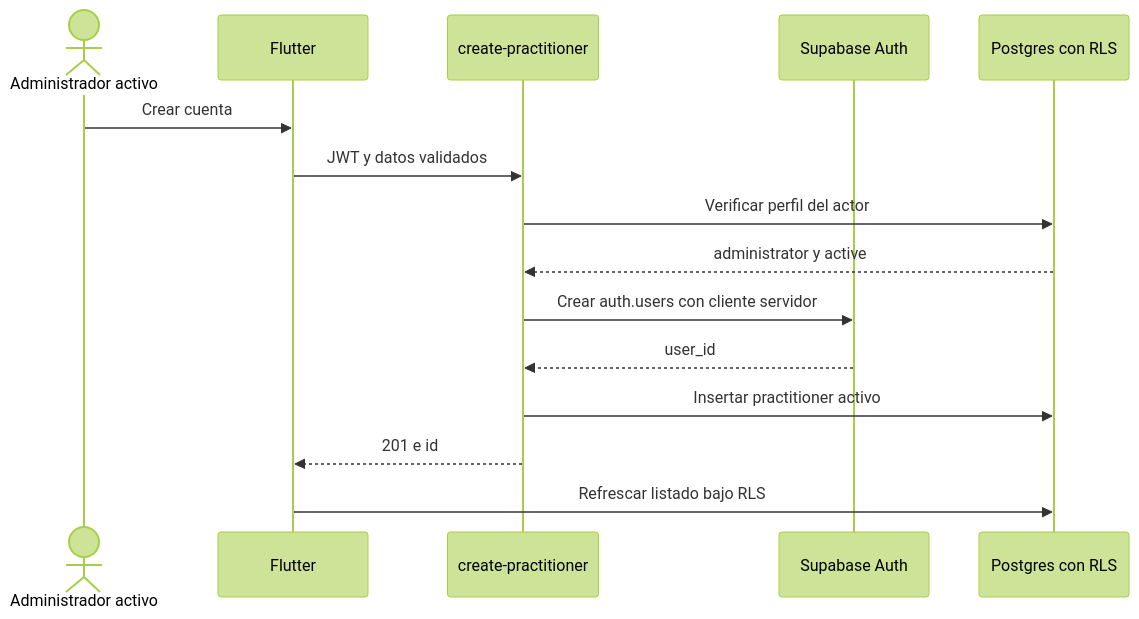
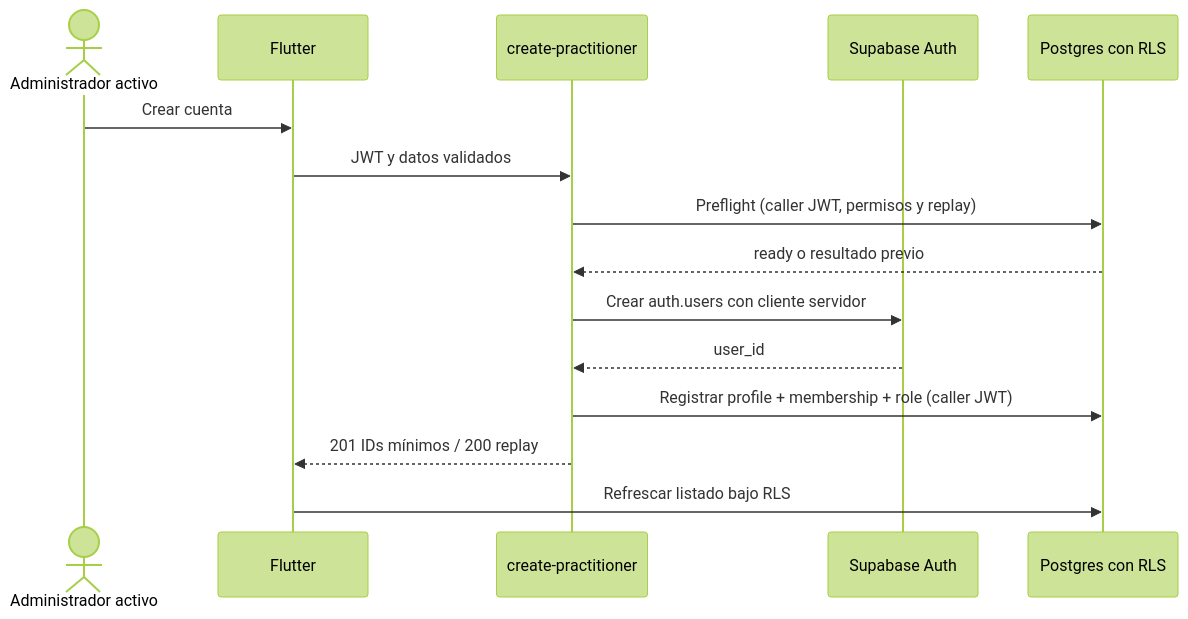
The first of 2 diagrams in docs/foundation/flows/user-administration.md (panxoyk/carer-record-app), drawn with Mermaid (forest theme) before and after one commit. The commit also changed other lines of this file and 24 other files, not shown here.

````diff
--- a/docs/foundation/flows/user-administration.md
+++ b/docs/foundation/flows/user-administration.md
@@ -49,17 +53,17 @@
 ```mermaid
 sequenceDiagram
   actor A as Administrador activo
   participant App as Flutter
   participant Edge as create-practitioner
   participant Auth as Supabase Auth
-  participant DB as Postgres con RLS
+   participant DB as Postgres con RLS
   A->>App: Crear cuenta
   App->>Edge: JWT y datos validados
-  Edge->>DB: Verificar perfil del actor
-  DB-->>Edge: administrator y active
+   Edge->>DB: Preflight (caller JWT, permisos y replay)
+   DB-->>Edge: ready o resultado previo
   Edge->>Auth: Crear auth.users con cliente servidor
   Auth-->>Edge: user_id
-  Edge->>DB: Insertar practitioner activo
-  Edge-->>App: 201 e id
+   Edge->>DB: Registrar profile + membership + role (caller JWT)
+   Edge-->>App: 201 IDs mínimos / 200 replay
   App->>DB: Refrescar listado bajo RLS
 ```
````
